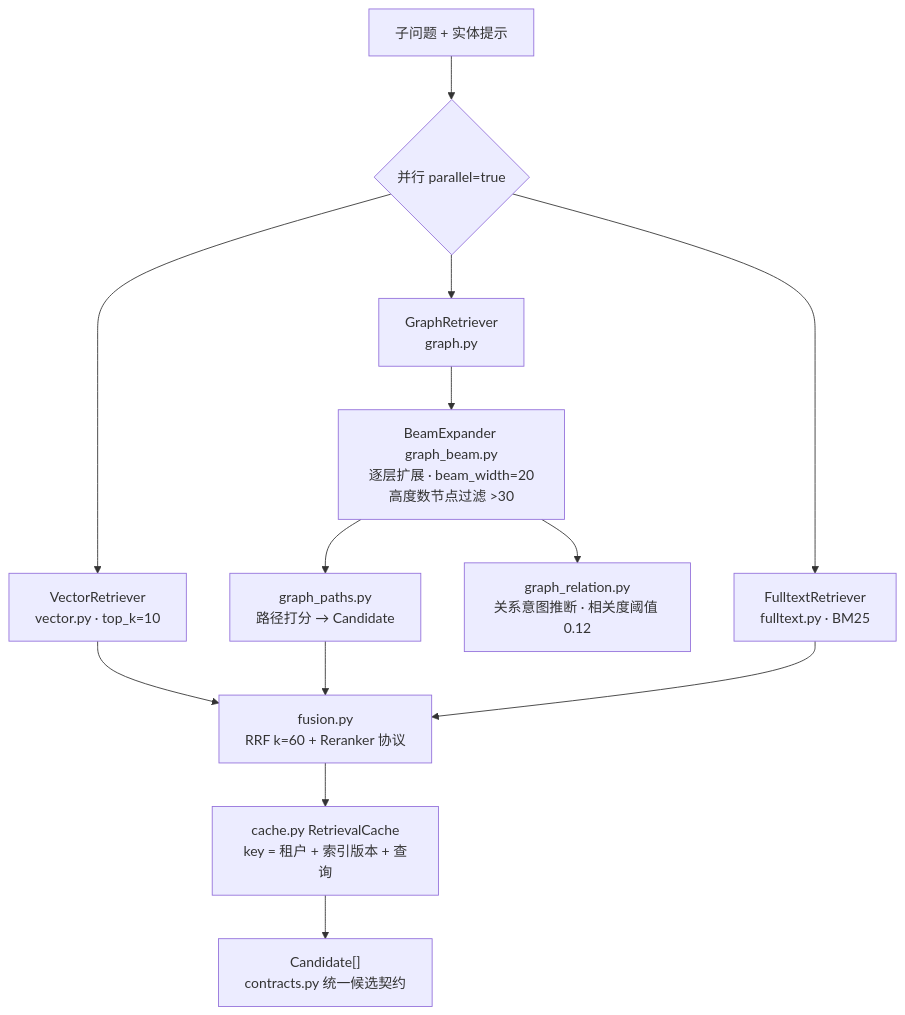
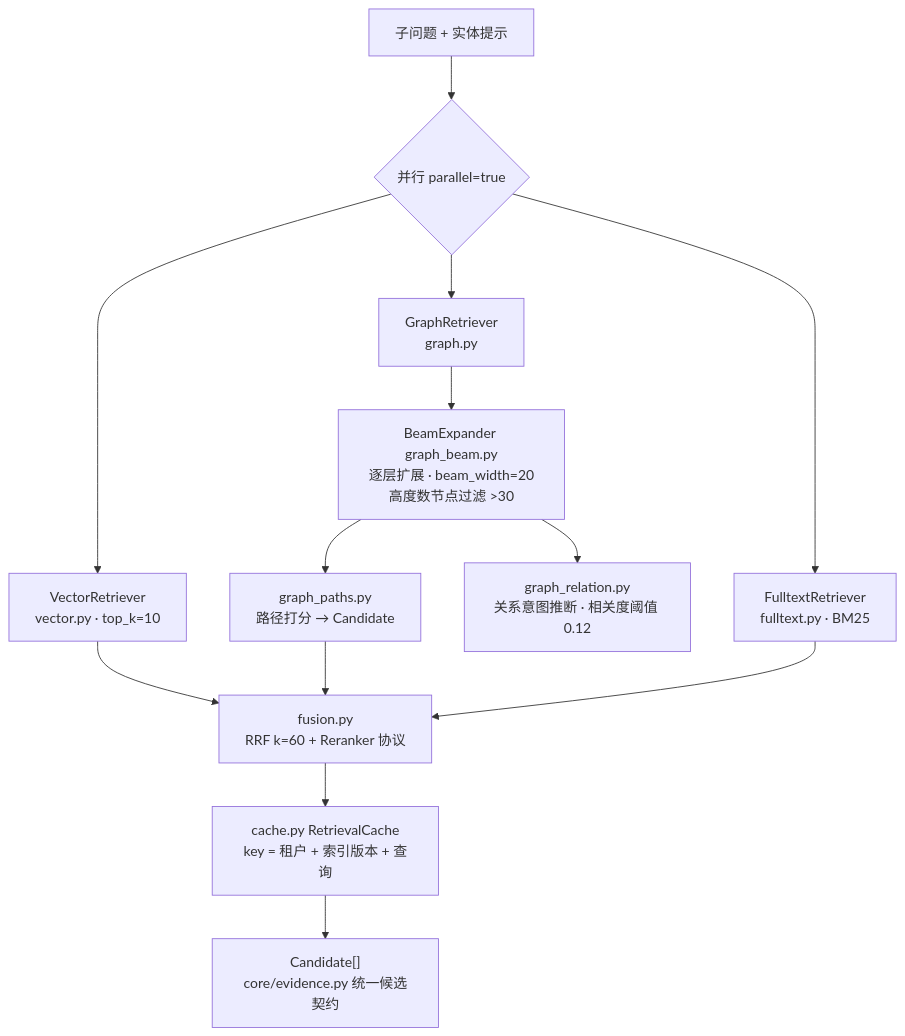
The sixth of 17 diagrams in docs/ARCHITECTURE.md (RightCloudhub/AG), drawn with Mermaid before and after one commit. The commit also changed other lines of this file and 154 other files, not shown here.

Commit message:
fix(stores): implement Neo4jGraphStore.list_entities and add it to GraphStore protocol

````diff
--- a/docs/ARCHITECTURE.md
+++ b/docs/ARCHITECTURE.md
@@ -155,15 +180,15 @@
 ```mermaid
 flowchart TD
     SQ["子问题 + 实体提示"] --> PAR{"并行 parallel=true"}
     PAR --> V["VectorRetriever<br/>vector.py · top_k=10"]
     PAR --> G["GraphRetriever<br/>graph.py"]
     PAR --> F["FulltextRetriever<br/>fulltext.py · BM25"]
     G --> BEAM["BeamExpander graph_beam.py<br/>逐层扩展 · beam_width=20<br/>高度数节点过滤 >30"]
     BEAM --> REL["graph_relation.py<br/>关系意图推断 · 相关度阈值 0.12"]
     BEAM --> PATH["graph_paths.py<br/>路径打分 → Candidate"]
     V --> FUS["fusion.py<br/>RRF k=60 + Reranker 协议"]
     PATH --> FUS
     F --> FUS
     FUS --> CACHE["cache.py RetrievalCache<br/>key = 租户 + 索引版本 + 查询"]
-    CACHE --> CAND["Candidate[]<br/>contracts.py 统一候选契约"]
+    CACHE --> CAND["Candidate[]<br/>core/evidence.py 统一候选契约"]
 ```
````
